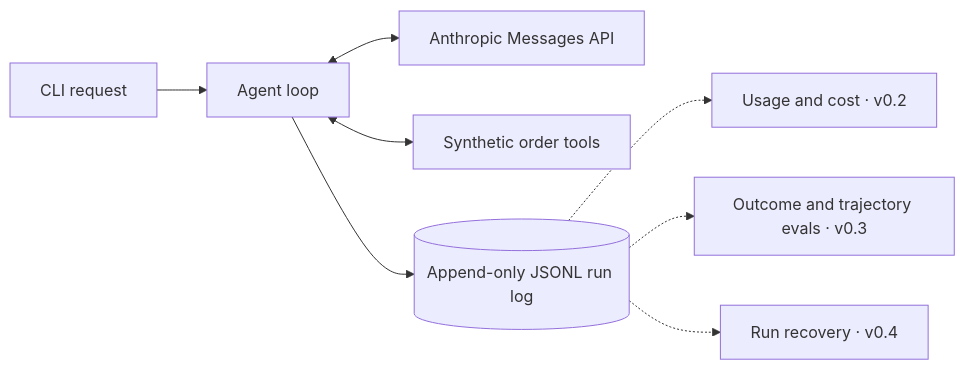
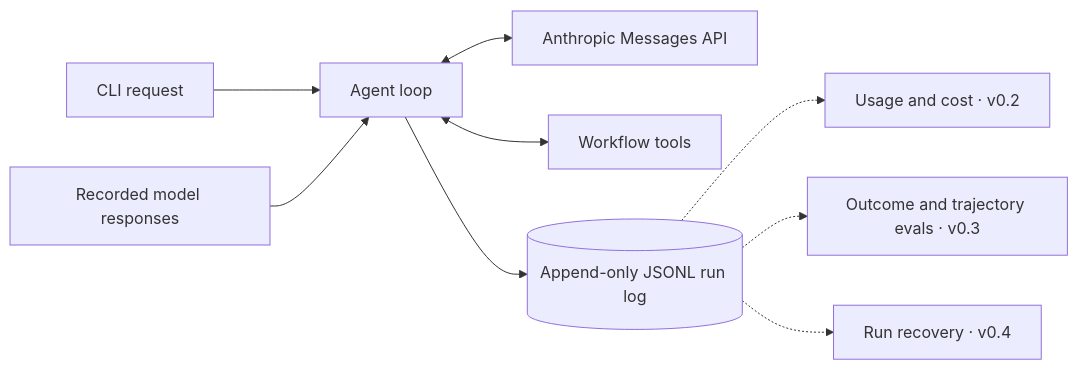
The diagram in designs/architecture.md (FuyaoLi2017/agent-harness), drawn with Mermaid before and after one commit. The commit also changed other lines of this file and 26 other files, not shown here.

Commit message:
Implement V0.2 workflow runtime and offline replay

````diff
--- a/designs/architecture.md
+++ b/designs/architecture.md
@@ -9,10 +9,11 @@
 ```mermaid
 flowchart LR
     Request[CLI request] --> Loop[Agent loop]
     Loop <--> Model[Anthropic Messages API]
-    Loop <--> Tools[Synthetic order tools]
+    Replay[Recorded model responses] --> Loop
+    Loop <--> Tools[Workflow tools]
     Loop --> Log[(Append-only JSONL run log)]
     Log -.-> Cost[Usage and cost · v0.2]
     Log -.-> Evals[Outcome and trajectory evals · v0.3]
     Log -.-> Resume[Run recovery · v0.4]
 ```
````
